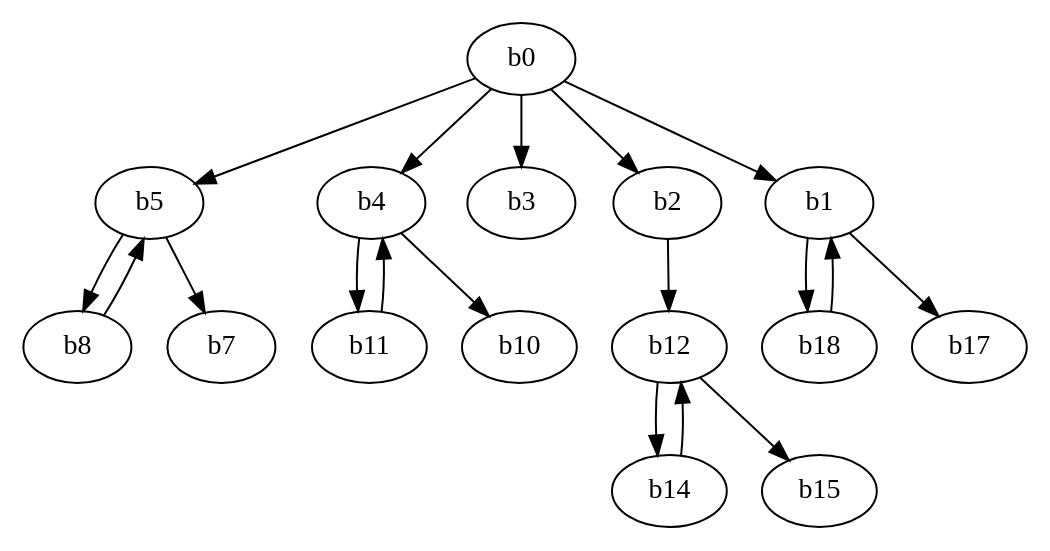
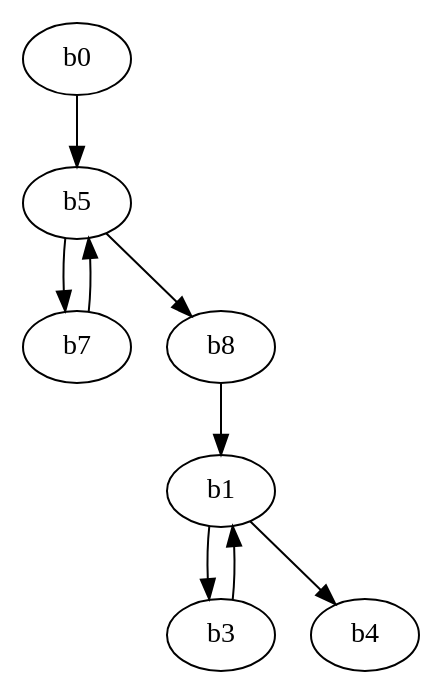
One commit to JoelWAnna/MiniOptimizingCompiler changed the diagram in MiniOptIm3/before.dot. Above: the diagram before and after it, drawn with Graphviz. The commit also changed 8 other files, not shown here.

```diff
--- a/MiniOptIm3/before.dot
+++ b/MiniOptIm3/before.dot
@@ -1,21 +1,11 @@
 digraph MIL {
   b0;
   b0 -> b5;
-  b8 -> b5;
+  b7 -> b5;
   b5 -> b8;
+  b8 -> b1;
+  b3 -> b1;
+  b1 -> b4;
+  b1 -> b3;
   b5 -> b7;
-  b0 -> b4;
-  b11 -> b4;
-  b4 -> b11;
-  b4 -> b10;
-  b0 -> b3;
-  b0 -> b2;
-  b2 -> b12;
-  b14 -> b12;
-  b12 -> b15;
-  b12 -> b14;
-  b0 -> b1;
-  b18 -> b1;
-  b1 -> b18;
-  b1 -> b17;
 }
```
